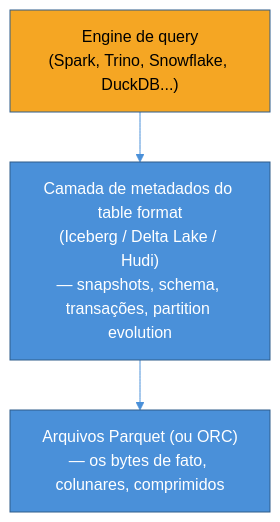
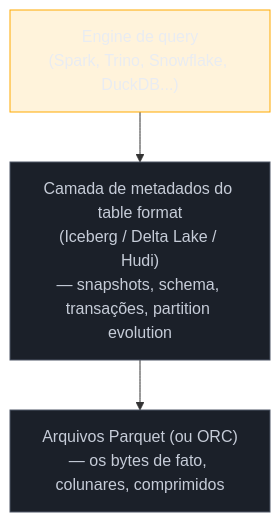
One commit to josenaldo/codex-technomanticus changed the third of 3 diagrams in 03-Dominios/Engenharia/Dados/1 - Fundamentos de engenharia de dados/04 - Armazenamento colunar e formatos.md. Above: the diagram before and after it, drawn with Mermaid. The commit also changed other lines of this file and 1181 other files, not shown here.

First line of the commit message:
fix(diagramas): paleta do sistema no lugar de cor cravada no markdown

````diff
--- a/03-Dominios/Engenharia/Dados/1 - Fundamentos de engenharia de dados/04 - Armazenamento colunar e formatos.md
+++ b/03-Dominios/Engenharia/Dados/1 - Fundamentos de engenharia de dados/04 - Armazenamento colunar e formatos.md
@@ -164,14 +169,15 @@
 ```mermaid
-%%{init: {"theme": "base", "themeVariables": {"primaryColor": "#4A90D9", "primaryBorderColor": "#2E5C8A", "lineColor": "#4A90D9"}}}%%
 graph TB
+    classDef destaque fill:#FFAA0024,stroke:#FFAA00,color:#E9ECF2
+    classDef neutro fill:#1B2029,stroke:#4E5666,color:#C6CCD8
     Engine["Engine de query<br/>(Spark, Trino, Snowflake, DuckDB...)"]
     Meta["Camada de metadados do table format<br/>(Iceberg / Delta Lake / Hudi)<br/>— snapshots, schema, transações, partition evolution"]
     Files["Arquivos Parquet (ou ORC)<br/>— os bytes de fato, colunares, comprimidos"]
 
     Engine --> Meta
     Meta --> Files
 
-    style Engine fill:#F5A623,color:#000
-    style Meta fill:#4A90D9,color:#fff
-    style Files fill:#4A90D9,color:#fff
+    class Engine destaque
+    class Meta neutro
+    class Files neutro
 ```
````
